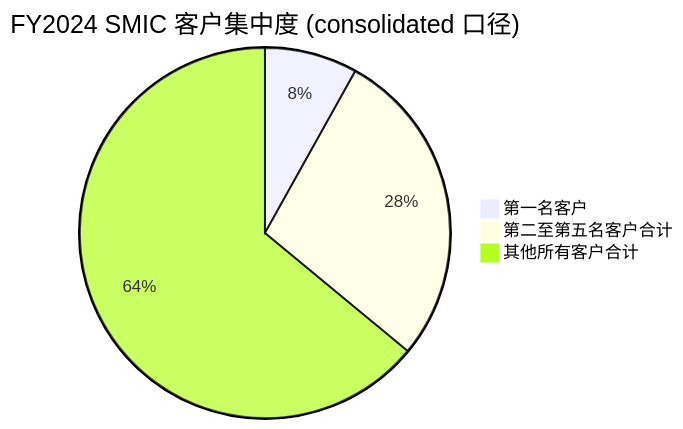
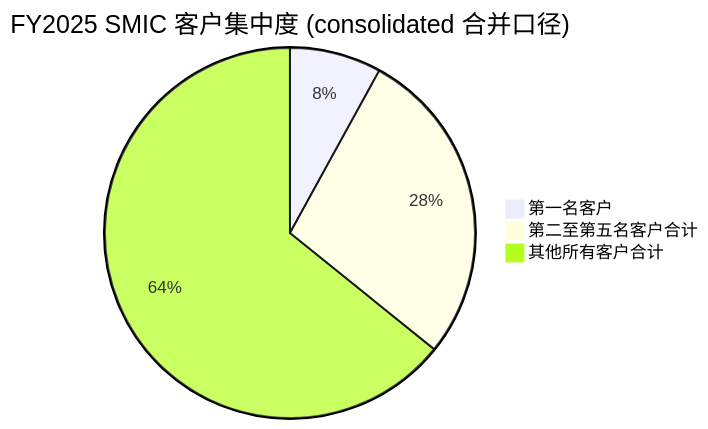
The fourth of 6 diagrams in reports/company/SMIC_中芯国际_SSE688981/SMIC_中芯国际_SSE688981_公司研究.md (dadachundan/financial_agent), drawn with Mermaid before and after one commit. The commit also changed other lines of this file, not shown here.

````diff
--- a/reports/company/SMIC_中芯国际_SSE688981/SMIC_中芯国际_SSE688981_公司研究.md
+++ b/reports/company/SMIC_中芯国际_SSE688981/SMIC_中芯国际_SSE688981_公司研究.md
@@ -237,6 +821,6 @@
 ```mermaid
-pie title FY2024 SMIC 客户集中度 (consolidated 口径)
-    "第一名客户" : 8.1
-    "第二至第五名客户合计" : 27.9
-    "其他所有客户合计" : 64.0
+pie title FY2025 SMIC 客户集中度 (consolidated 合并口径)
+    "第一名客户" : 8.0
+    "第二至第五名客户合计" : 27.8
+    "其他所有客户合计" : 64.2
 ```
````
